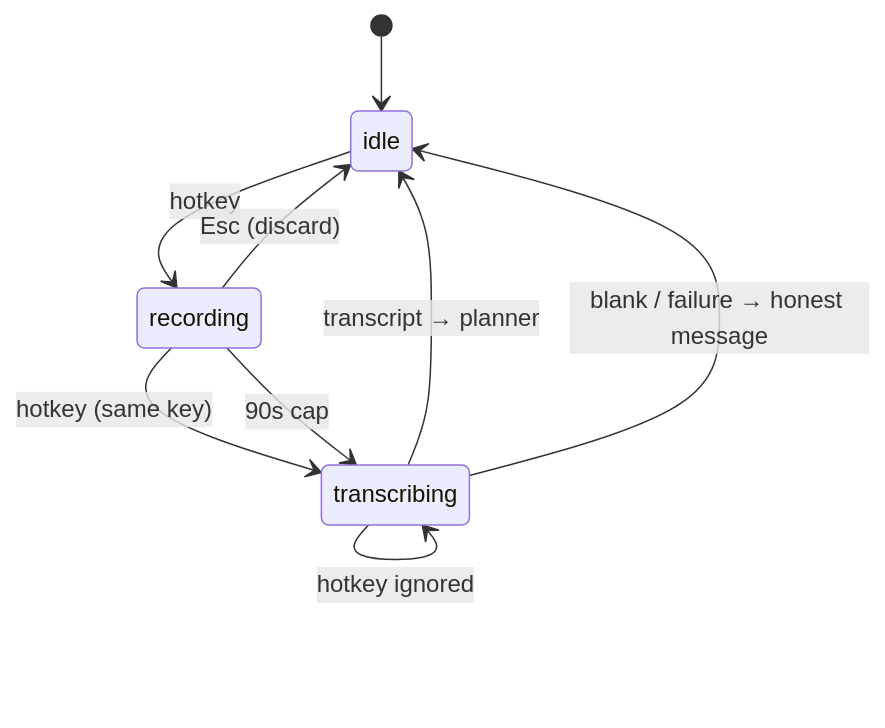
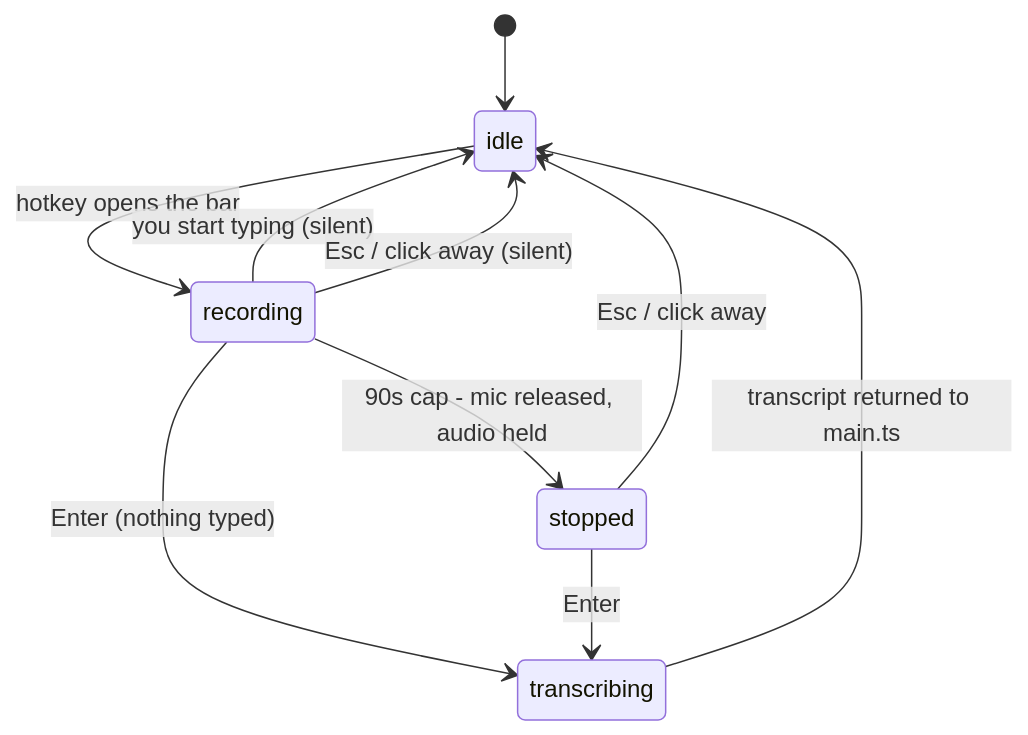
One commit to Sejall-089/voice-agent changed the fourth of 6 diagrams in ARCHITECTURE.md. Above: the diagram before and after it, drawn with Mermaid. The commit also changed other lines of this file and 13 other files, not shown here.

````diff
--- a/ARCHITECTURE.md
+++ b/ARCHITECTURE.md
@@ -148,11 +147,12 @@
 ```mermaid
 stateDiagram-v2
     [*] --> idle
-    idle --> recording: hotkey
-    recording --> transcribing: hotkey (same key)
-    recording --> transcribing: 90s cap
-    recording --> idle: Esc (discard)
-    transcribing --> idle: transcript → planner
-    transcribing --> transcribing: hotkey ignored
-    transcribing --> idle: blank / failure → honest message
+    idle --> recording: hotkey opens the bar
+    recording --> transcribing: Enter (nothing typed)
+    recording --> stopped: 90s cap - mic released, audio held
+    stopped --> transcribing: Enter
+    recording --> idle: you start typing (silent)
+    recording --> idle: Esc / click away (silent)
+    stopped --> idle: Esc / click away
+    transcribing --> idle: transcript returned to main.ts
 ```
````
